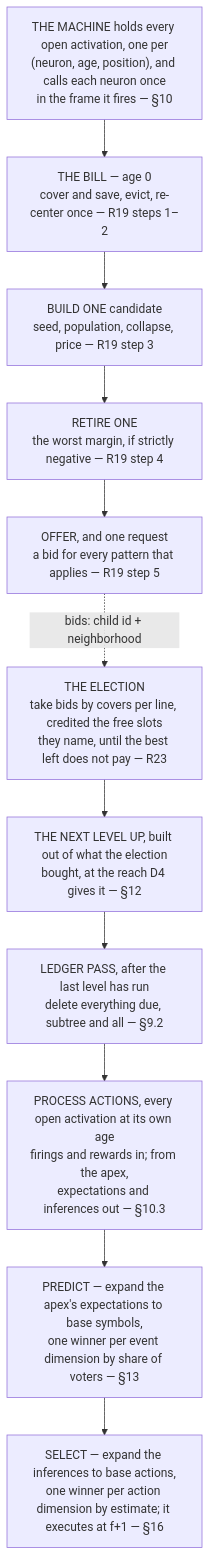
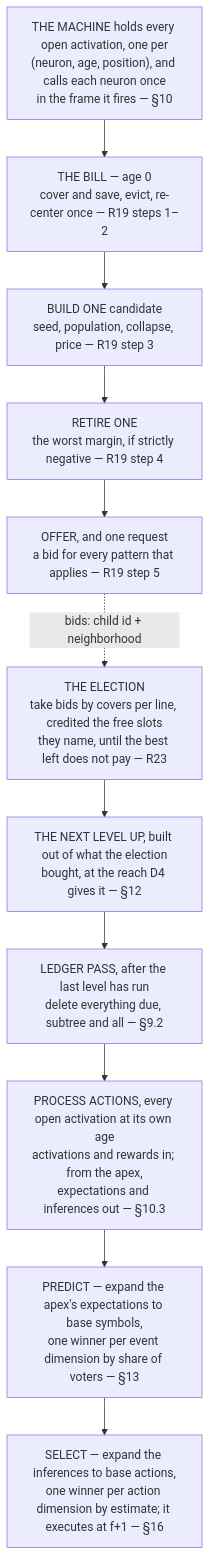
One commit to cucar/robot_brain changed the diagram in docs/algorithm-remarks.md. Above: the diagram before and after it, drawn with Mermaid. The commit also changed other lines of this file and 2 other files, not shown here.

````diff
--- a/docs/algorithm-remarks.md
+++ b/docs/algorithm-remarks.md
@@ -992,14 +999,14 @@
 ```mermaid
 flowchart TD
     A["THE MACHINE holds every open activation, one per<br/>(neuron, age, position), and calls each neuron once<br/>in the frame it fires — §10"]
     A --> B["THE BILL — age 0<br/>cover and save, evict, re-center once — R19 steps 1–2"]
     B --> M["BUILD ONE candidate<br/>seed, population, collapse, price — R19 step 3"]
     M --> DEL["RETIRE ONE<br/>the worst margin, if strictly negative — R19 step 4"]
     DEL --> P["OFFER, and one request<br/>a bid for every pattern that applies — R19 step 5"]
     P -.->|"bids: child id + neighborhood"| X["THE ELECTION<br/>take bids by covers per line, credited the free slots<br/>they name, until the best left does not pay — R23"]
     X --> O["THE NEXT LEVEL UP, built out of what the election<br/>bought, at the reach D4 gives it — §12"]
     O --> Z["LEDGER PASS, after the last level has run<br/>delete everything due, subtree and all — §9.2"]
-    Z --> W["PROCESS ACTIONS, every open activation at its own age<br/>firings and rewards in; from the apex,<br/>expectations and inferences out — §10.3"]
+    Z --> W["PROCESS ACTIONS, every open activation at its own age<br/>activations and rewards in; from the apex,<br/>expectations and inferences out — §10.3"]
     W --> Y["PREDICT — expand the apex's expectations to base symbols,<br/>one winner per event dimension by share of voters — §13"]
     Y --> S["SELECT — expand the inferences to base actions,<br/>one winner per action dimension by estimate; it executes at f+1 — §16"]
 ```
````
